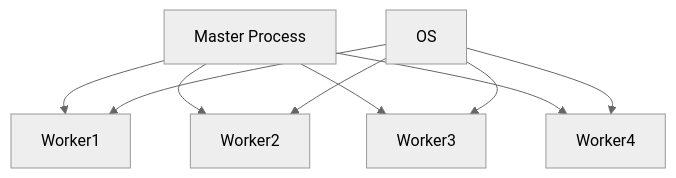
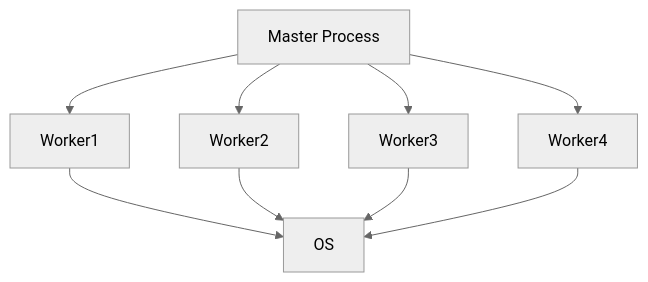
Before and after one commit to apakhbari/CheatSheets: the second of 2 diagrams in Web-Server/Nginx/Nginx_cs.md, drawn with Mermaid (neutral theme).

Commit message:
added graph

````diff
--- a/Web-Server/Nginx/Nginx_cs.md
+++ b/Web-Server/Nginx/Nginx_cs.md
@@ -42,11 +42,11 @@
 ```mermaid
 graph TD;
 A[Master Process]-->B[Worker-1];
 A[Master Process]-->C[Worker-2];
 A[Master Process]-->D[Worker-3];
 A[Master Process]-->F[Worker-4];
-G[OS]-->B[Worker1];
-G[OS]-->C[Worker2];
-G[OS]-->D[Worker3];
-G[OS]-->F[Worker4];
+B[Worker1]-->G[OS];
+C[Worker2]-->G[OS];
+D[Worker3]-->G[OS];
+F[Worker4]-->G[OS];
 ```
````
